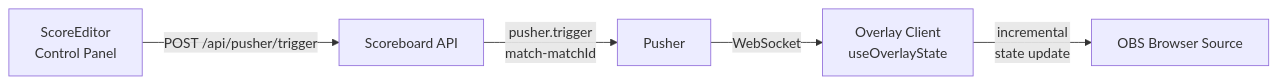
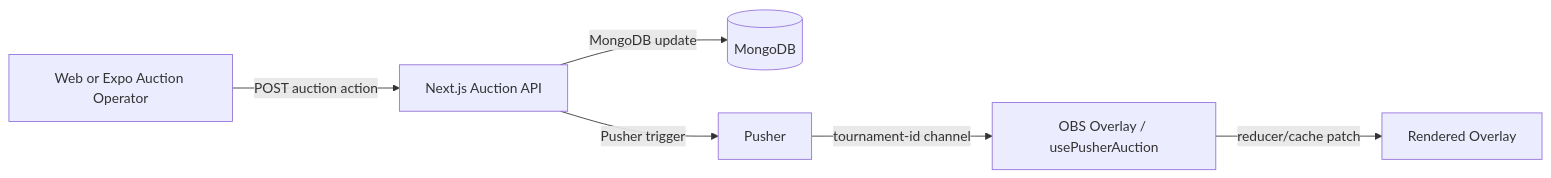
One commit to GerryK97/ProStream---Auction changed the diagram in docs/pusher-direct-overlay-feasibility.md. Above: the diagram before and after it, drawn with Mermaid. The commit also changed other lines of this file and 4 other files, not shown here.

Commit message:
docs: update ProStream ecosystem architecture

````diff
--- a/docs/pusher-direct-overlay-feasibility.md
+++ b/docs/pusher-direct-overlay-feasibility.md
@@ -10,7 +12,8 @@
 ```mermaid
 graph LR
-    A[ScoreEditor\nControl Panel] -->|POST /api/pusher/trigger| B[Scoreboard API]
-    B -->|pusher.trigger\nmatch-matchId| C[Pusher]
-    C -->|WebSocket| D[Overlay Client\nuseOverlayState]
-    D -->|incremental\nstate update| E[OBS Browser Source]
+  A[Web or Expo Auction Operator] -->|POST auction action| B[Next.js Auction API]
+  B -->|MongoDB update| C[(MongoDB)]
+  B -->|Pusher trigger| D[Pusher]
+  D -->|tournament-id channel| E[OBS Overlay / usePusherAuction]
+  E -->|reducer/cache patch| F[Rendered Overlay]
 ```
````
